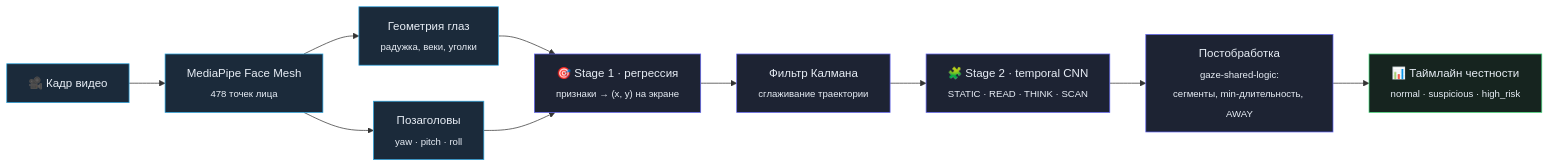
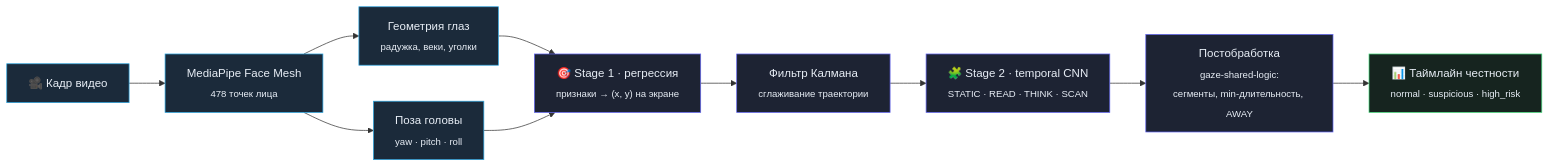
The third of 3 diagrams in README.md (simeonkolchin/ai-interview), drawn with Mermaid before and after one commit. The commit also changed 1 other file, not shown here.

Commit message:
Fix a typo in the gaze pipeline diagrams

````diff
--- a/README.md
+++ b/README.md
@@ -197,19 +197,19 @@
 ```mermaid
 flowchart LR
     V["🎥 Кадр видео"] --> MP["MediaPipe Face Mesh<br/><sub>478 точек лица</sub>"]
     MP --> EYE["Геометрия глаз<br/><sub>радужка, веки, уголки</sub>"]
-    MP --> HEAD["Позаголовы<br/><sub>yaw · pitch · roll</sub>"]
+    MP --> HEAD["Поза головы<br/><sub>yaw · pitch · roll</sub>"]
     EYE --> S1["🎯 Stage 1 · регрессия<br/><sub>признаки → (x, y) на экране</sub>"]
     HEAD --> S1
     S1 --> KF["Фильтр Калмана<br/><sub>сглаживание траектории</sub>"]
     KF --> S2["🧩 Stage 2 · temporal CNN<br/><sub>STATIC · READ · THINK · SCAN</sub>"]
     S2 --> POST["Постобработка<br/><sub>gaze-shared-logic:<br/>сегменты, min-длительность, AWAY</sub>"]
     POST --> OUT["📊 Таймлайн честности<br/><sub>normal · suspicious · high_risk</sub>"]
 
     classDef cv fill:#1b2a3a,stroke:#2CA5E0,color:#e8eef6
     classDef ml fill:#1d2333,stroke:#6366f1,color:#e8eef6
     classDef out fill:#16241f,stroke:#4ade80,color:#e8eef6
     class V,MP,EYE,HEAD cv
     class S1,KF,S2,POST ml
     class OUT out
 ```
````
